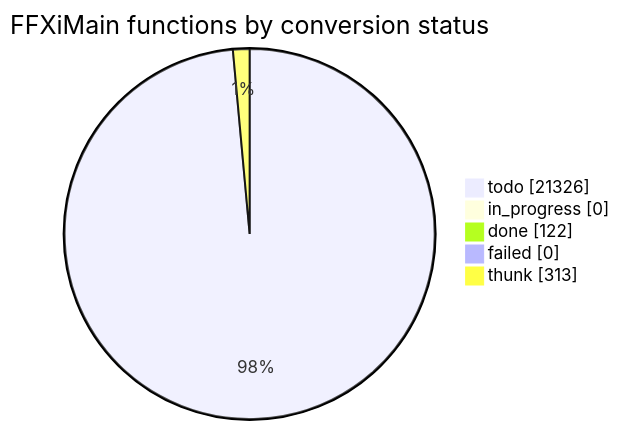
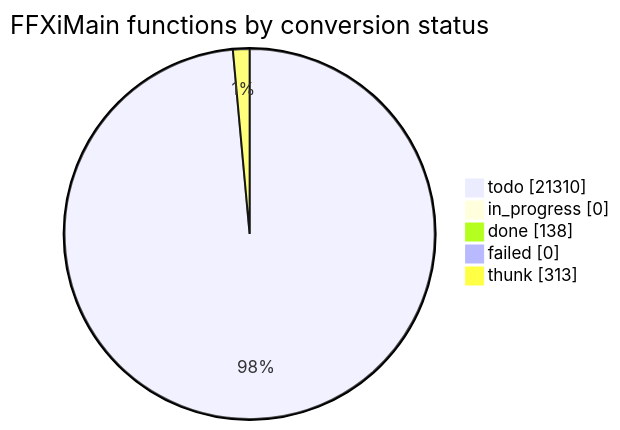
One commit to cowrevenge/cow_kuluu_xi_anything changed the diagram in docs/cow/STATUS.md. Above: the diagram before and after it, drawn with Mermaid. The commit also changed other lines of this file and 23 other files, not shown here.

````diff
--- a/docs/cow/STATUS.md
+++ b/docs/cow/STATUS.md
@@ -18,9 +18,9 @@
 ```mermaid
 pie showData
     title FFXiMain functions by conversion status
-    "todo" : 21326
+    "todo" : 21310
     "in_progress" : 0
-    "done" : 122
+    "done" : 138
     "failed" : 0
     "thunk" : 313
 ```
````
